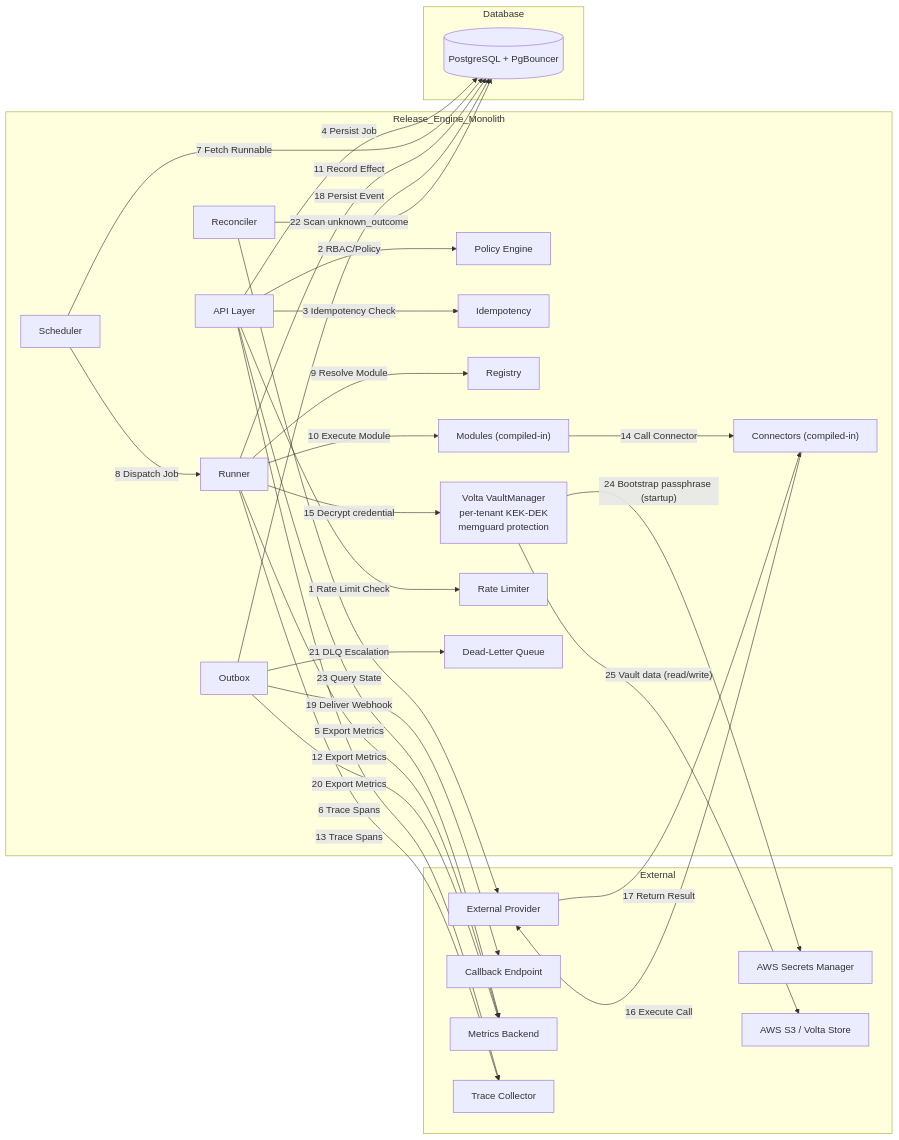
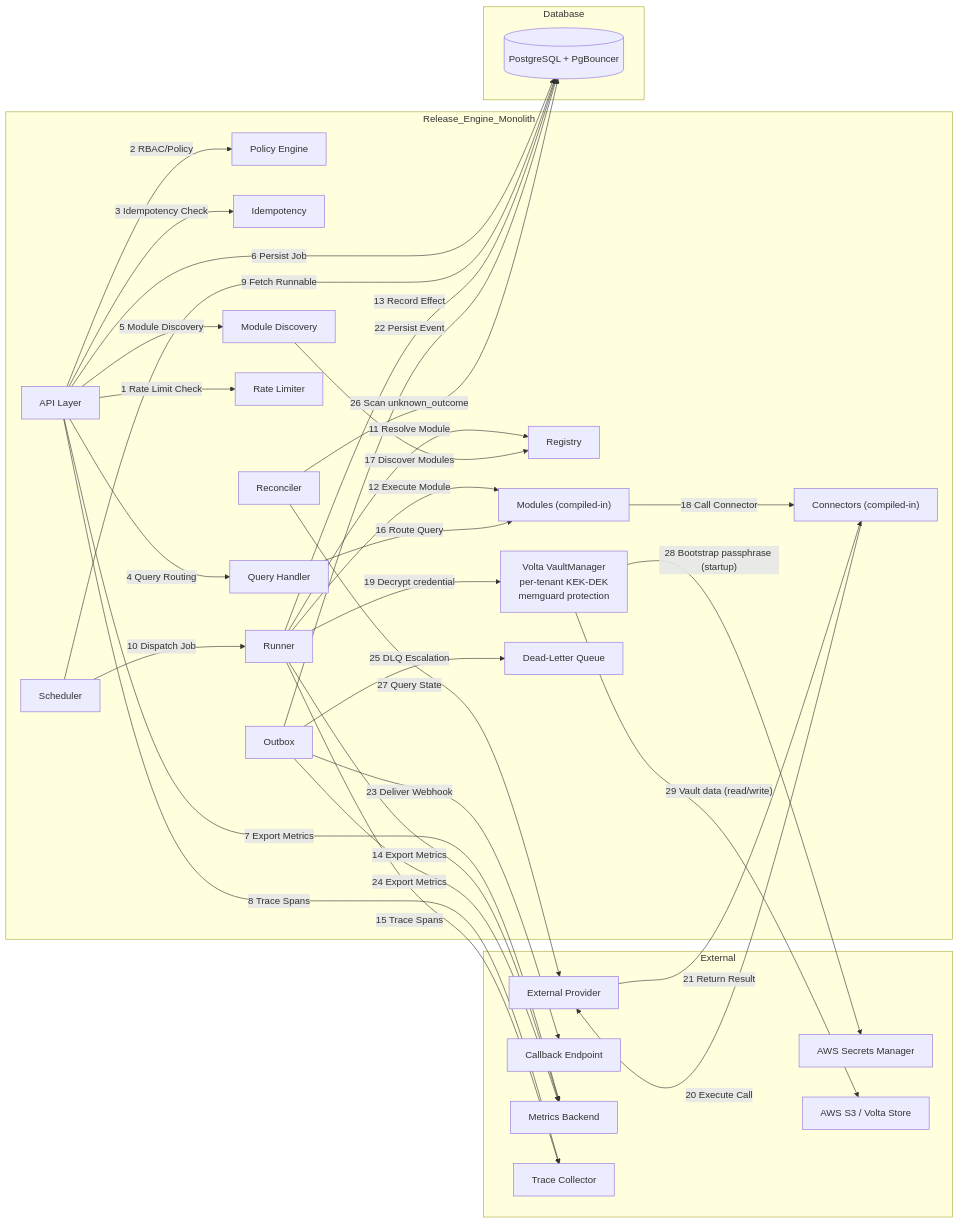
The second of 4 diagrams in docs/design/d01.md (gatblau/release-engine), drawn with Mermaid before and after one commit. The commit also changed other lines of this file and 23 other files, not shown here.

Commit message:
implement query api

````diff
--- a/docs/design/d01.md
+++ b/docs/design/d01.md
@@ -83,62 +84,68 @@
 ```mermaid
 flowchart LR
   subgraph External
     Provider[External Provider]
     Callback[Callback Endpoint]
     Metrics[Metrics Backend]
     Trace[Trace Collector]
     SM[AWS Secrets Manager]
     S3[AWS S3 / Volta Store]
   end
 
   subgraph Release_Engine_Monolith
     API[API Layer]
     Policy[Policy Engine]
     Idem[Idempotency]
     Scheduler[Scheduler]
     Runner[Runner]
     Registry[Registry]
     Modules["Modules (compiled-in)"]
     Connectors["Connectors (compiled-in)"]
     Volta["Volta VaultManager<br/>per-tenant KEK-DEK<br/>memguard protection"]
     Outbox[Outbox]
     Reconciler[Reconciler]
     RateLimit[Rate Limiter]
     DLQ[Dead-Letter Queue]
+    QueryHandler[Query Handler]
+    ModuleDiscovery[Module Discovery]
   end
 
   subgraph Database
     DB[(PostgreSQL + PgBouncer)]
   end
 
   API -->|1 Rate Limit Check| RateLimit
   API -->|2 RBAC/Policy| Policy
   API -->|3 Idempotency Check| Idem
-  API -->|4 Persist Job| DB
-  API -->|5 Export Metrics| Metrics
-  API -->|6 Trace Spans| Trace
+  API -->|4 Query Routing| QueryHandler
+  API -->|5 Module Discovery| ModuleDiscovery
+  API -->|6 Persist Job| DB
+  API -->|7 Export Metrics| Metrics
+  API -->|8 Trace Spans| Trace
 
-  Scheduler -->|7 Fetch Runnable| DB
-  Scheduler -->|8 Dispatch Job| Runner
-  Runner -->|9 Resolve Module| Registry
-  Runner -->|10 Execute Module| Modules
-  Runner -->|11 Record Effect| DB
-  Runner -->|12 Export Metrics| Metrics
-  Runner -->|13 Trace Spans| Trace
+  Scheduler -->|9 Fetch Runnable| DB
+  Scheduler -->|10 Dispatch Job| Runner
+  Runner -->|11 Resolve Module| Registry
+  Runner -->|12 Execute Module| Modules
+  Runner -->|13 Record Effect| DB
+  Runner -->|14 Export Metrics| Metrics
+  Runner -->|15 Trace Spans| Trace
 
-  Modules -->|14 Call Connector| Connectors
-  Runner -->|15 Decrypt credential| Volta
-  Connectors -->|16 Execute Call| Provider
-  Provider -->|17 Return Result| Connectors
+  QueryHandler -->|16 Route Query| Modules
+  ModuleDiscovery -->|17 Discover Modules| Registry
+  Modules -->|18 Call Connector| Connectors
+  Runner -->|19 Decrypt credential| Volta
+  Connectors -->|20 Execute Call| Provider
+  Provider -->|21 Return Result| Connectors
 
-  Outbox -->|18 Persist Event| DB
-  Outbox -->|19 Deliver Webhook| Callback
-  Outbox -->|20 Export Metrics| Metrics
-  Outbox -->|21 DLQ Escalation| DLQ
+  Outbox -->|22 Persist Event| DB
+  Outbox -->|23 Deliver Webhook| Callback
+  Outbox -->|24 Export Metrics| Metrics
+  Outbox -->|25 DLQ Escalation| DLQ
 
-  Reconciler -->|22 Scan unknown_outcome| DB
-  Reconciler -->|23 Query State| Provider
+  Reconciler -->|26 Scan unknown_outcome| DB
+  Reconciler -->|27 Query State| Provider
 
-  Volta -->|"24 Bootstrap passphrase (startup)"| SM
-  Volta -->|"25 Vault data (read/write)"| S3
+  Volta -->|"28 Bootstrap passphrase (startup)"| SM
+  Volta -->|"29 Vault data (read/write)"| S3
 ```
````
